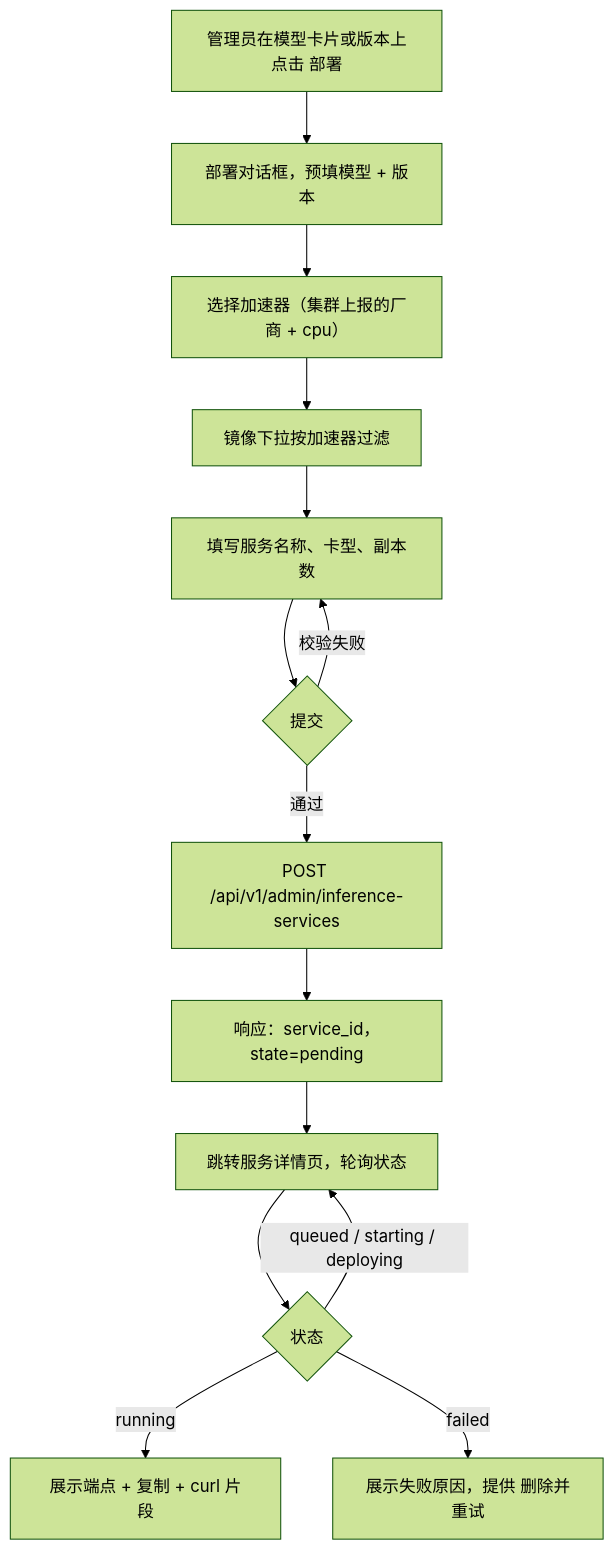
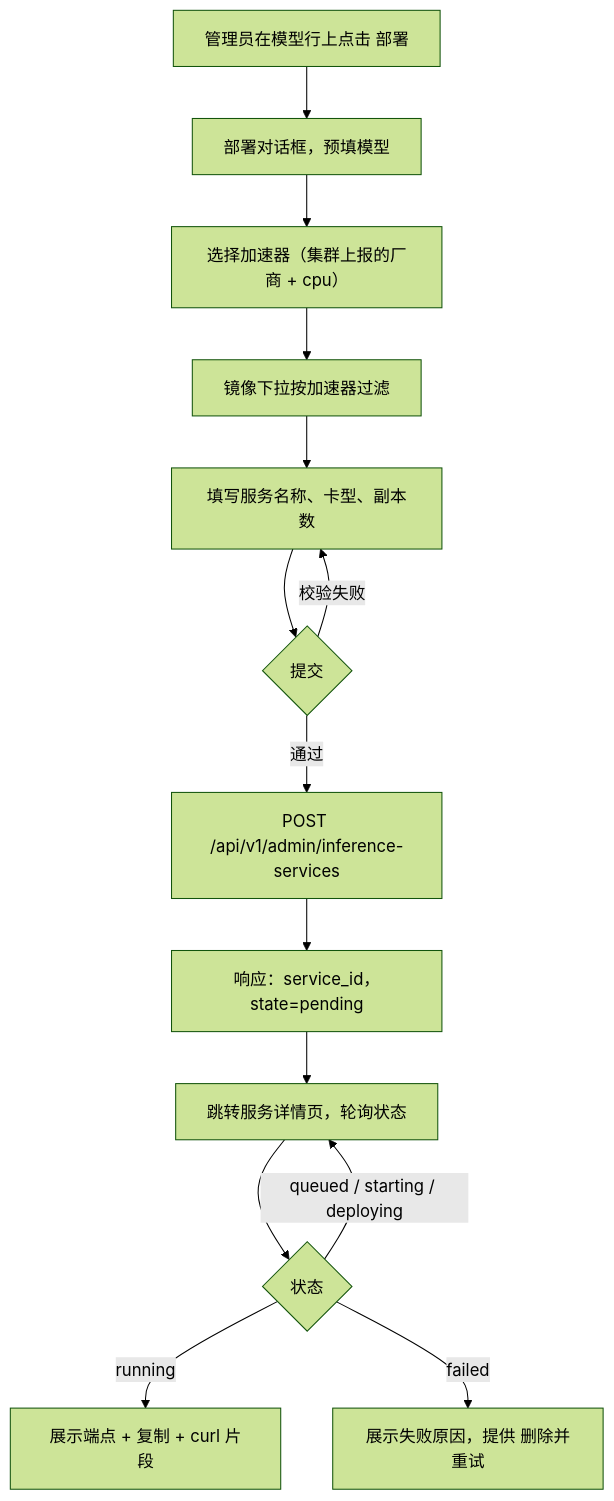
The second of 4 diagrams in site/docs/design/model-catalog-deployment.zh-cn.md (go-taas/go-taas), drawn with Mermaid (forest theme) before and after one commit. The commit also changed other lines of this file and 24 other files, not shown here.

````diff
--- a/site/docs/design/model-catalog-deployment.zh-cn.md
+++ b/site/docs/design/model-catalog-deployment.zh-cn.md
@@ -175,16 +175,16 @@
 ```mermaid
 flowchart TD
-    A["管理员在模型卡片或版本上点击 部署"] --> B["部署对话框，预填模型 + 版本"]
+    A["管理员在模型行上点击 部署"] --> B["部署对话框，预填模型"]
     B --> C["选择加速器（集群上报的厂商 + cpu）"]
     C --> D["镜像下拉按加速器过滤"]
     D --> E["填写服务名称、卡型、副本数"]
     E --> F{提交}
     F -->|校验失败| E
     F -->|通过| G["POST /api/v1/admin/inference-services"]
     G --> H["响应：service_id，state=pending"]
     H --> I["跳转服务详情页，轮询状态"]
     I --> J{状态}
     J -->|queued / starting / deploying| I
     J -->|running| K["展示端点 + 复制 + curl 片段"]
     J -->|failed| L["展示失败原因，提供 删除并重试"]
 ```
````
